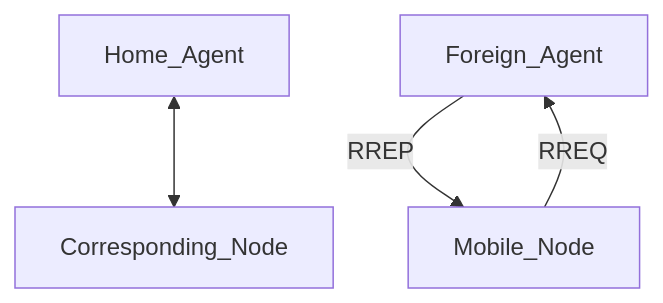
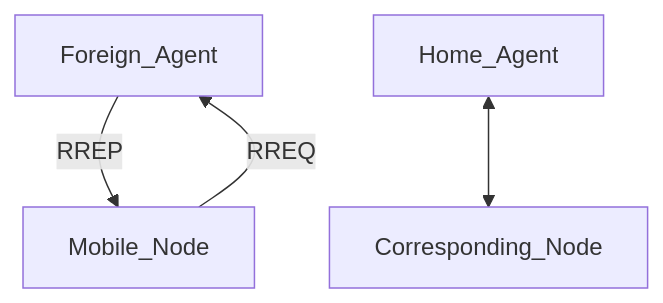
Before and after one commit to juakali-networks/mip: the diagram in README.md, drawn with Mermaid.

````diff
--- a/README.md
+++ b/README.md
@@ -28,7 +28,6 @@
 ```mermaid
 flowchart TD;
-    Home_Agent<-->Corresponding_Node;
     Foreign_Agent-->|RREP|Mobile_Node;
     Mobile_Node-->|RREQ|Foreign_Agent;
-
+    Home_Agent<-->Corresponding_Node;
 ```
````
